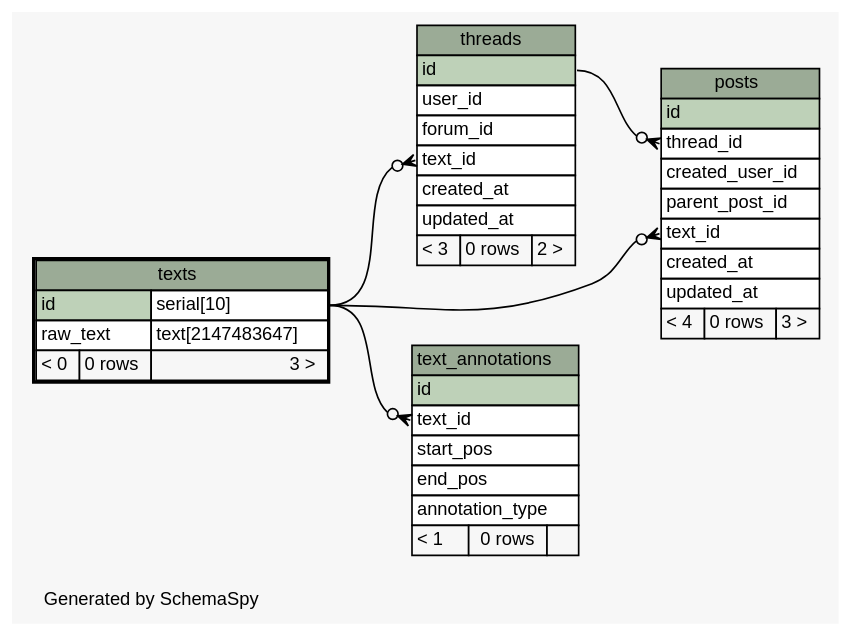
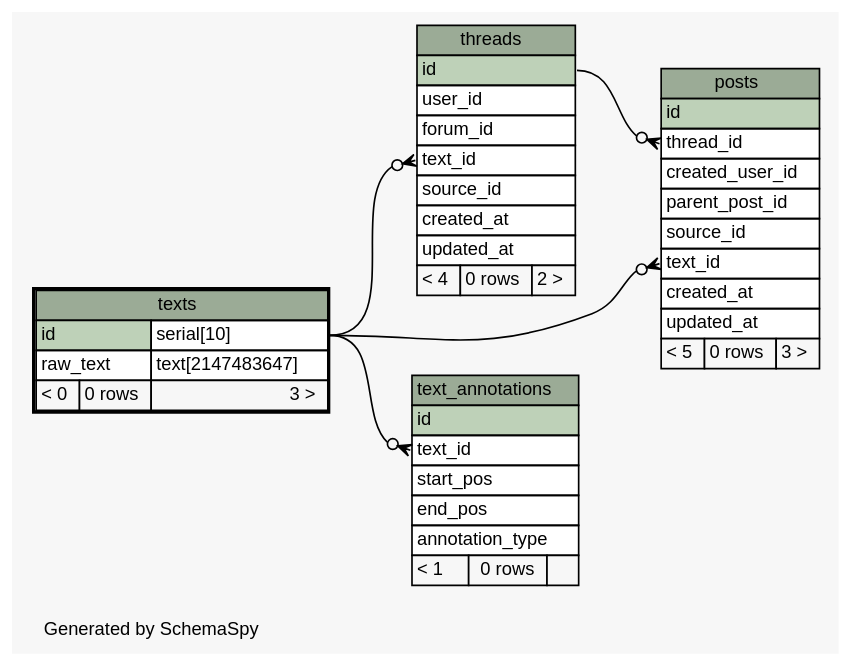
The diagram in library/diagrams/texts.1degree.dot (ryanaustincarlson/moocdb), drawn with Graphviz before and after one commit. The commit also changed 79 other files, not shown here.

```diff
--- a/library/diagrams/texts.1degree.dot
+++ b/library/diagrams/texts.1degree.dot
@@ -1,82 +1,84 @@
 // dot 2.34.0 on Mac OS X 10.8.3
 // SchemaSpy rev 590
 digraph "oneDegreeRelationshipsDiagram" {
   graph [
     rankdir="RL"
     bgcolor="#f7f7f7"
     label="\nGenerated by SchemaSpy"
     labeljust="l"
     nodesep="0.18"
     ranksep="0.46"
     fontname="Helvetica"
     fontsize="11"
   ];
   node [
     fontname="Helvetica"
     fontsize="11"
     shape="plaintext"
   ];
   edge [
     arrowsize="0.8"
   ];
   "posts":"text_id":w -> "texts":"id.type":e [arrowhead=none dir=back arrowtail=crowodot];
   "posts":"thread_id":w -> "threads":"id":e [arrowhead=none dir=back arrowtail=crowodot];
   "text_annotations":"text_id":w -> "texts":"id.type":e [arrowhead=none dir=back arrowtail=crowodot];
   "threads":"text_id":w -> "texts":"id.type":e [arrowhead=none dir=back arrowtail=crowodot];
   "posts" [
     label=<
     <TABLE BORDER="0" CELLBORDER="1" CELLSPACING="0" BGCOLOR="#ffffff">
       <TR><TD COLSPAN="3" BGCOLOR="#9bab96" ALIGN="CENTER">posts</TD></TR>
       <TR><TD PORT="id" COLSPAN="3" BGCOLOR="#bed1b8" ALIGN="LEFT">id</TD></TR>
       <TR><TD PORT="thread_id" COLSPAN="3" ALIGN="LEFT">thread_id</TD></TR>
       <TR><TD PORT="created_user_id" COLSPAN="3" ALIGN="LEFT">created_user_id</TD></TR>
       <TR><TD PORT="parent_post_id" COLSPAN="3" ALIGN="LEFT">parent_post_id</TD></TR>
+      <TR><TD PORT="source_id" COLSPAN="3" ALIGN="LEFT">source_id</TD></TR>
       <TR><TD PORT="text_id" COLSPAN="3" ALIGN="LEFT">text_id</TD></TR>
       <TR><TD PORT="created_at" COLSPAN="3" ALIGN="LEFT">created_at</TD></TR>
       <TR><TD PORT="updated_at" COLSPAN="3" ALIGN="LEFT">updated_at</TD></TR>
-      <TR><TD ALIGN="LEFT" BGCOLOR="#f7f7f7">&lt; 4</TD><TD ALIGN="RIGHT" BGCOLOR="#f7f7f7">0 rows</TD><TD ALIGN="RIGHT" BGCOLOR="#f7f7f7">3 &gt;</TD></TR>
+      <TR><TD ALIGN="LEFT" BGCOLOR="#f7f7f7">&lt; 5</TD><TD ALIGN="RIGHT" BGCOLOR="#f7f7f7">0 rows</TD><TD ALIGN="RIGHT" BGCOLOR="#f7f7f7">3 &gt;</TD></TR>
     </TABLE>>
     URL="posts.html"
     tooltip="posts"
   ];
   "text_annotations" [
     label=<
     <TABLE BORDER="0" CELLBORDER="1" CELLSPACING="0" BGCOLOR="#ffffff">
       <TR><TD COLSPAN="3" BGCOLOR="#9bab96" ALIGN="CENTER">text_annotations</TD></TR>
       <TR><TD PORT="id" COLSPAN="3" BGCOLOR="#bed1b8" ALIGN="LEFT">id</TD></TR>
       <TR><TD PORT="text_id" COLSPAN="3" ALIGN="LEFT">text_id</TD></TR>
       <TR><TD PORT="start_pos" COLSPAN="3" ALIGN="LEFT">start_pos</TD></TR>
       <TR><TD PORT="end_pos" COLSPAN="3" ALIGN="LEFT">end_pos</TD></TR>
       <TR><TD PORT="annotation_type" COLSPAN="3" ALIGN="LEFT">annotation_type</TD></TR>
       <TR><TD ALIGN="LEFT" BGCOLOR="#f7f7f7">&lt; 1</TD><TD ALIGN="RIGHT" BGCOLOR="#f7f7f7">0 rows</TD><TD ALIGN="RIGHT" BGCOLOR="#f7f7f7">  </TD></TR>
     </TABLE>>
     URL="text_annotations.html"
     tooltip="text_annotations"
   ];
   "texts" [
     label=<
     <TABLE BORDER="2" CELLBORDER="1" CELLSPACING="0" BGCOLOR="#ffffff">
       <TR><TD COLSPAN="3" BGCOLOR="#9bab96" ALIGN="CENTER">texts</TD></TR>
       <TR><TD PORT="id" COLSPAN="2" BGCOLOR="#bed1b8" ALIGN="LEFT">id</TD><TD PORT="id.type" ALIGN="LEFT">serial[10]</TD></TR>
       <TR><TD PORT="raw_text" COLSPAN="2" ALIGN="LEFT">raw_text</TD><TD PORT="raw_text.type" ALIGN="LEFT">text[2147483647]</TD></TR>
       <TR><TD ALIGN="LEFT" BGCOLOR="#f7f7f7">&lt; 0</TD><TD ALIGN="RIGHT" BGCOLOR="#f7f7f7">0 rows</TD><TD ALIGN="RIGHT" BGCOLOR="#f7f7f7">3 &gt;</TD></TR>
     </TABLE>>
     URL="texts.html"
     tooltip="texts"
   ];
   "threads" [
     label=<
     <TABLE BORDER="0" CELLBORDER="1" CELLSPACING="0" BGCOLOR="#ffffff">
       <TR><TD COLSPAN="3" BGCOLOR="#9bab96" ALIGN="CENTER">threads</TD></TR>
       <TR><TD PORT="id" COLSPAN="3" BGCOLOR="#bed1b8" ALIGN="LEFT">id</TD></TR>
       <TR><TD PORT="user_id" COLSPAN="3" ALIGN="LEFT">user_id</TD></TR>
       <TR><TD PORT="forum_id" COLSPAN="3" ALIGN="LEFT">forum_id</TD></TR>
       <TR><TD PORT="text_id" COLSPAN="3" ALIGN="LEFT">text_id</TD></TR>
+      <TR><TD PORT="source_id" COLSPAN="3" ALIGN="LEFT">source_id</TD></TR>
       <TR><TD PORT="created_at" COLSPAN="3" ALIGN="LEFT">created_at</TD></TR>
       <TR><TD PORT="updated_at" COLSPAN="3" ALIGN="LEFT">updated_at</TD></TR>
-      <TR><TD ALIGN="LEFT" BGCOLOR="#f7f7f7">&lt; 3</TD><TD ALIGN="RIGHT" BGCOLOR="#f7f7f7">0 rows</TD><TD ALIGN="RIGHT" BGCOLOR="#f7f7f7">2 &gt;</TD></TR>
+      <TR><TD ALIGN="LEFT" BGCOLOR="#f7f7f7">&lt; 4</TD><TD ALIGN="RIGHT" BGCOLOR="#f7f7f7">0 rows</TD><TD ALIGN="RIGHT" BGCOLOR="#f7f7f7">2 &gt;</TD></TR>
     </TABLE>>
     URL="threads.html"
     tooltip="threads"
   ];
 }
```
